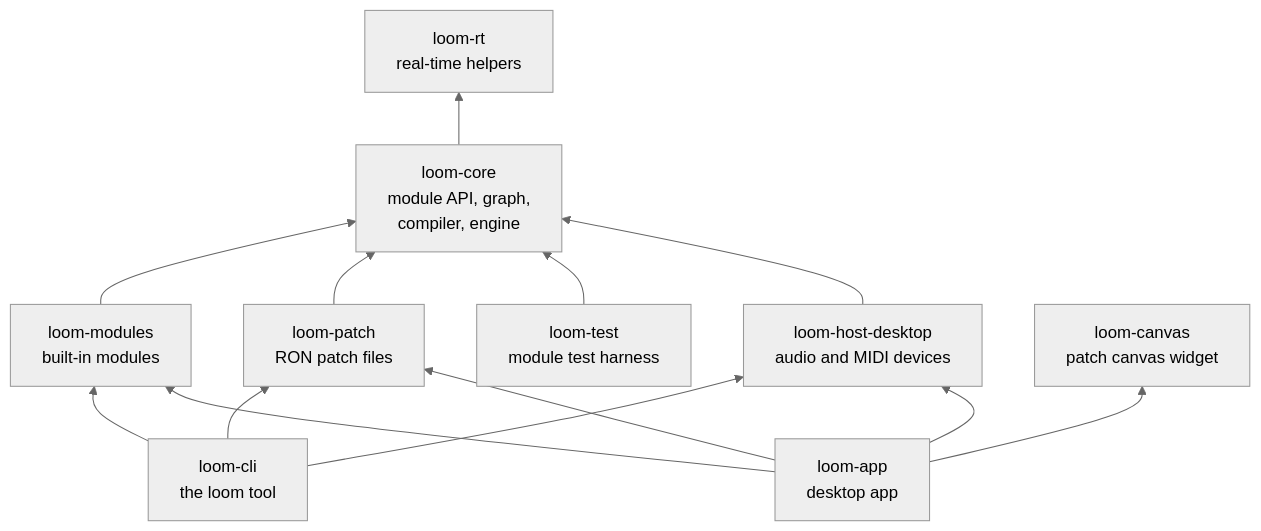
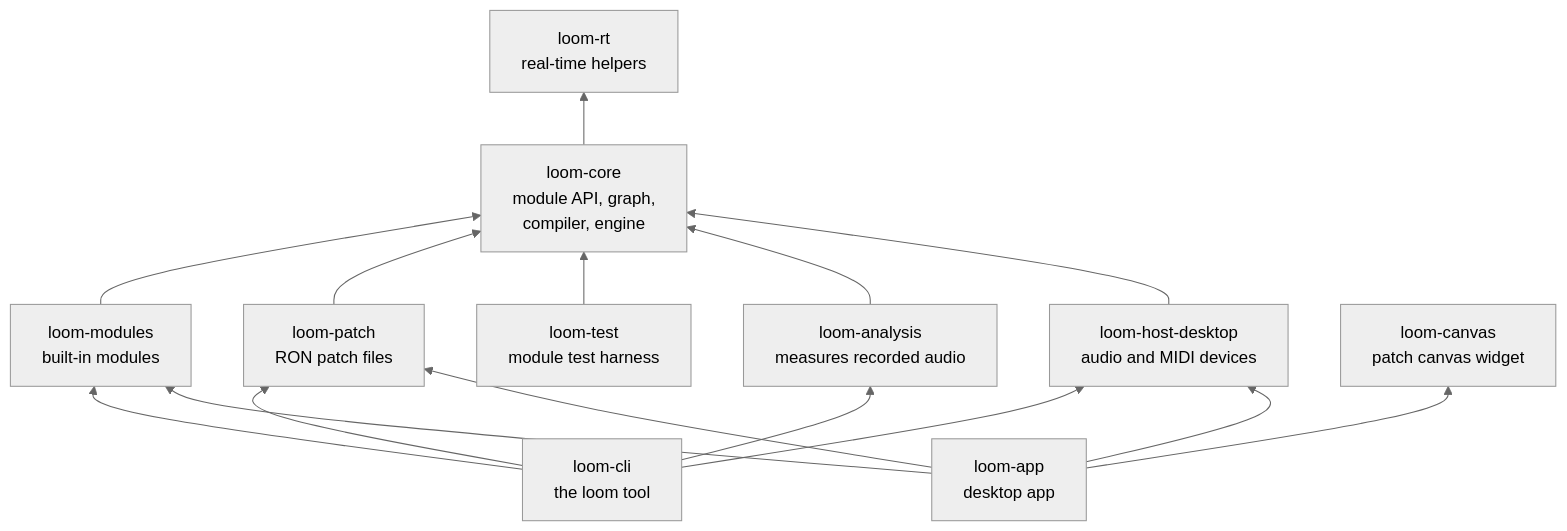
The first of 2 diagrams in docs/dev/architecture.md (brylie/LoomDSP), drawn with Mermaid (neutral theme) before and after one commit. The commit also changed other lines of this file and 23 other files, not shown here.

First line of the commit message:
Move audio analysis and the test modules out of loom-test (#480)

````diff
--- a/docs/dev/architecture.md
+++ b/docs/dev/architecture.md
@@ -7,20 +7,22 @@
 ```mermaid
 flowchart BT
     rt[loom-rt<br/>real-time helpers]
     core[loom-core<br/>module API, graph,<br/>compiler, engine]
     modules[loom-modules<br/>built-in modules]
     patch[loom-patch<br/>RON patch files]
     test[loom-test<br/>module test harness]
+    analysis[loom-analysis<br/>measures recorded audio]
     host[loom-host-desktop<br/>audio and MIDI devices]
     canvas[loom-canvas<br/>patch canvas widget]
     cli[loom-cli<br/>the loom tool]
     app[loom-app<br/>desktop app]
 
     core --> rt
     modules --> core
     patch --> core
     test --> core
+    analysis --> core
     host --> core
-    cli --> modules & patch & host
+    cli --> modules & patch & host & analysis
     app --> modules & patch & host & canvas
 ```
````
